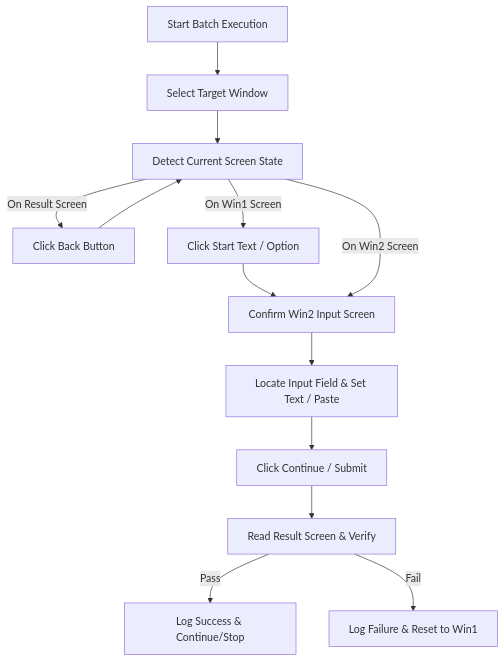
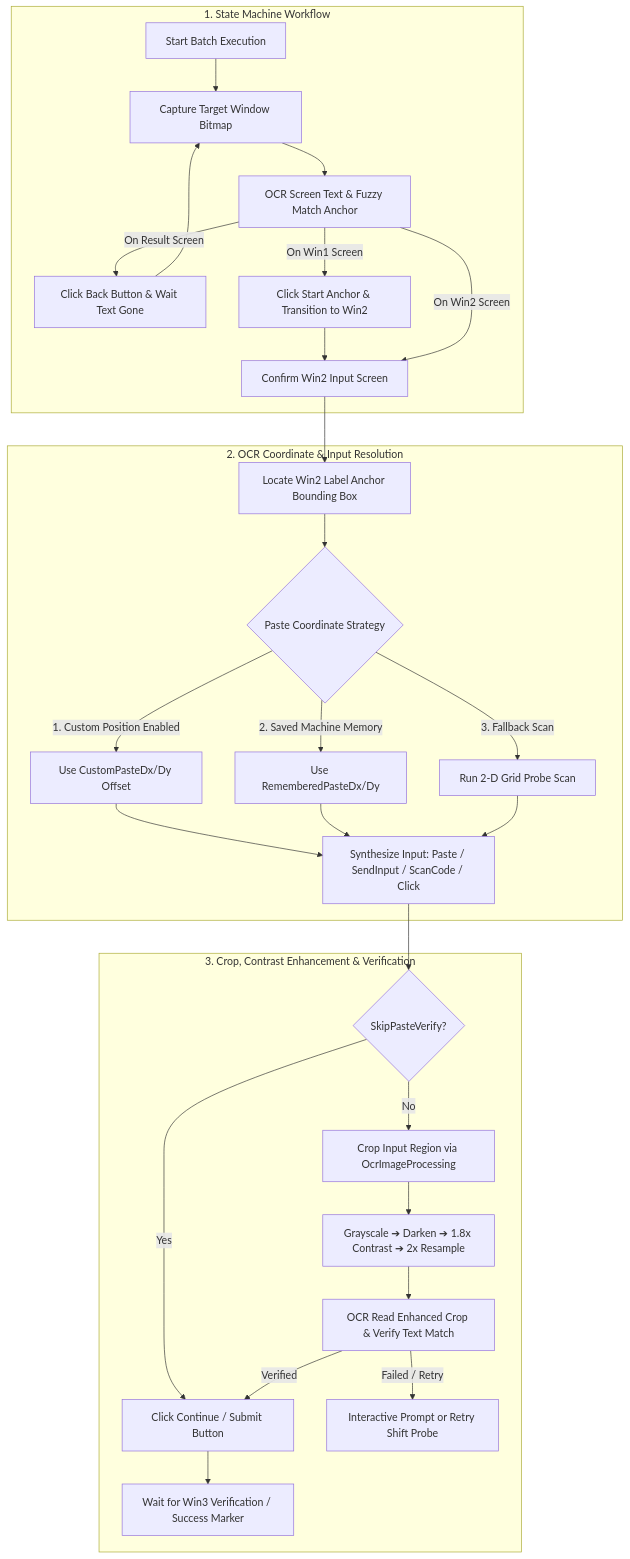
One commit to siusunhub/SmartActiveTools changed the diagram in README.md. Above: the diagram before and after it, drawn with Mermaid. The commit also changed other lines of this file, not shown here.

Commit message:
docs: expand How It Works section with detailed OCR image processing flow, coordinate resolution, and enhancement pipeline

````diff
--- a/README.md
+++ b/README.md
@@ -77,15 +79,34 @@
 ```mermaid
 graph TD
-    A[Start Batch Execution] --> B[Select Target Window]
-    B --> C[Detect Current Screen State]
-    C -->|On Result Screen| D[Click Back Button]
-    D --> C
-    C -->|On Win1 Screen| E[Click Start Text / Option]
-    E --> F[Confirm Win2 Input Screen]
-    C -->|On Win2 Screen| F
-    F --> G[Locate Input Field & Set Text / Paste]
-    G --> H[Click Continue / Submit]
-    H --> I[Read Result Screen & Verify]
-    I -->|Pass| J[Log Success & Continue/Stop]
-    I -->|Fail| K[Log Failure & Reset to Win1]
+    subgraph State_Machine ["1. State Machine Workflow"]
+        A[Start Batch Execution] --> B[Capture Target Window Bitmap]
+        B --> C[OCR Screen Text & Fuzzy Match Anchor]
+        C -->|On Result Screen| D[Click Back Button & Wait Text Gone]
+        D --> B
+        C -->|On Win1 Screen| E[Click Start Anchor & Transition to Win2]
+        E --> F[Confirm Win2 Input Screen]
+        C -->|On Win2 Screen| F
+    end
+
+    subgraph OCR_Input_Pipeline ["2. OCR Coordinate & Input Resolution"]
+        F --> G[Locate Win2 Label Anchor Bounding Box]
+        G --> H{Paste Coordinate Strategy}
+        H -->|1. Custom Position Enabled| I[Use CustomPasteDx/Dy Offset]
+        H -->|2. Saved Machine Memory| J[Use RememberedPasteDx/Dy]
+        H -->|3. Fallback Scan| K[Run 2-D Grid Probe Scan]
+        I --> L[Synthesize Input: Paste / SendInput / ScanCode / Click]
+        J --> L
+        K --> L
+    end
+
+    subgraph OCR_Enhancement ["3. Crop, Contrast Enhancement & Verification"]
+        L --> M{SkipPasteVerify?}
+        M -->|Yes| P[Click Continue / Submit Button]
+        M -->|No| N[Crop Input Region via OcrImageProcessing]
+        N --> O[Grayscale ➔ Darken ➔ 1.8x Contrast ➔ 2x Resample]
+        O --> Q[OCR Read Enhanced Crop & Verify Text Match]
+        Q -->|Verified| P
+        Q -->|Failed / Retry| R[Interactive Prompt or Retry Shift Probe]
+        P --> S[Wait for Win3 Verification / Success Marker]
+    end
 ```
````
